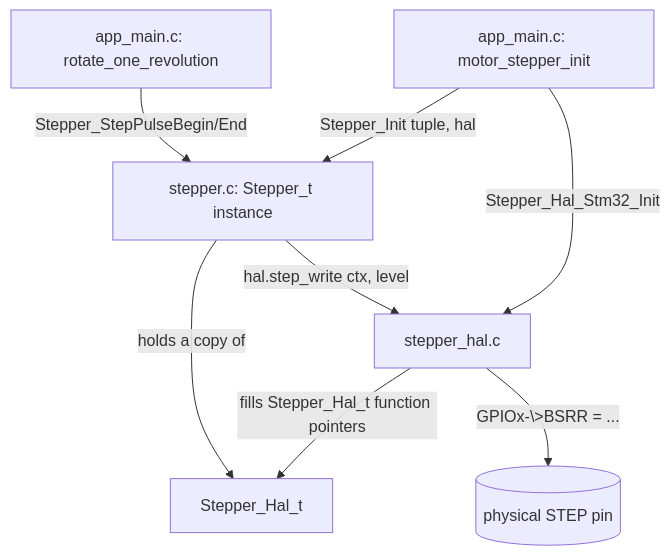
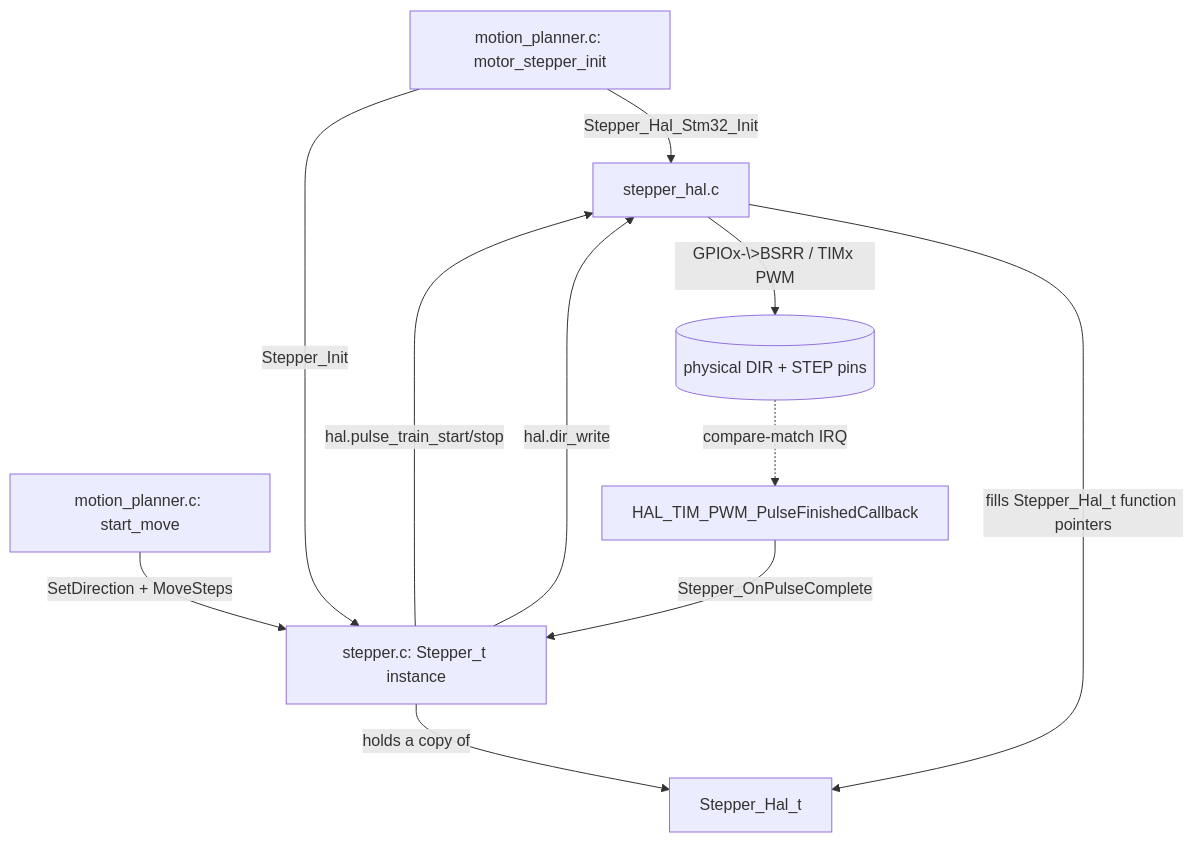
The diagram in docs/03-stepper-module.md (alexbatista/single-cell-braille-controller), drawn with Mermaid before and after one commit. The commit also changed other lines of this file and 9 other files, not shown here.

````diff
--- a/docs/03-stepper-module.md
+++ b/docs/03-stepper-module.md
@@ -140,10 +288,13 @@
 ```mermaid
 graph TD
-    A[app_main.c: motor_stepper_init] -->|Stepper_Hal_Stm32_Init| B[stepper_hal.c]
+    A[motion_planner.c: motor_stepper_init] -->|Stepper_Hal_Stm32_Init| B[stepper_hal.c]
     B -->|fills Stepper_Hal_t function pointers| C[Stepper_Hal_t]
-    A -->|Stepper_Init tuple, hal| D[stepper.c: Stepper_t instance]
+    A -->|Stepper_Init| D[stepper.c: Stepper_t instance]
     D -->|holds a copy of| C
-    E[app_main.c: rotate_one_revolution] -->|Stepper_StepPulseBegin/End| D
-    D -->|hal.step_write ctx, level| B
-    B -->|GPIOx-\>BSRR = ...| F[(physical STEP pin)]
+    E[motion_planner.c: start_move] -->|SetDirection + MoveSteps| D
+    D -->|hal.dir_write| B
+    D -->|hal.pulse_train_start/stop| B
+    B -->|GPIOx-\>BSRR / TIMx PWM| F[(physical DIR + STEP pins)]
+    F -.->|compare-match IRQ| G[HAL_TIM_PWM_PulseFinishedCallback]
+    G -->|Stepper_OnPulseComplete| D
 ```
````
